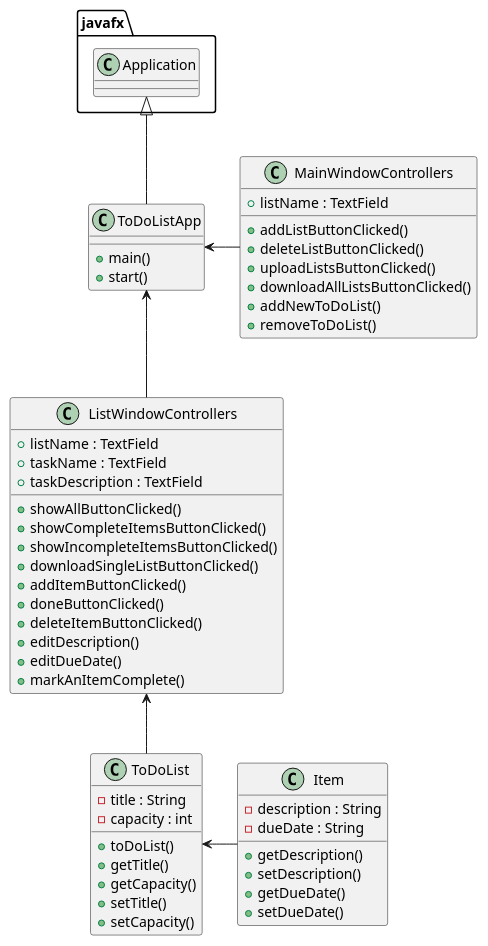
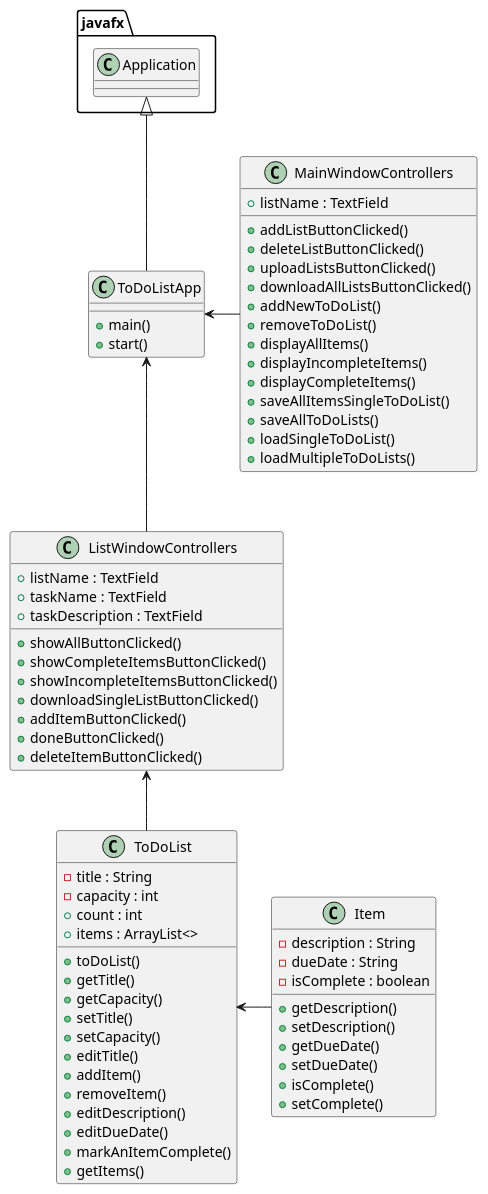
One commit to Melisac105/cabrera-cop3330-assignment4 changed the diagram in uml/AppDiagram.puml. Above: the diagram before and after it, drawn with PlantUML. The commit also changed 8 other files, not shown here.

```diff
--- a/uml/AppDiagram.puml
+++ b/uml/AppDiagram.puml
@@ -1,65 +1,82 @@
 @startuml
 'https://plantuml.com/sequence-diagram
 
 class ToDoListApp {
     + main()
     + start()
 }
 
 class MainWindowControllers {
     + listName : TextField
 
     + addListButtonClicked()
     + deleteListButtonClicked()
     + uploadListsButtonClicked()
     + downloadAllListsButtonClicked()
     + addNewToDoList()
     + removeToDoList()
+    + displayAllItems()
+    + displayIncompleteItems()
+    + displayCompleteItems()
+    + saveAllItemsSingleToDoList()
+    + saveAllToDoLists()
+    + loadSingleToDoList()
+    + loadMultipleToDoLists()
 }
 
 class ListWindowControllers {
     + listName : TextField
     + taskName : TextField
     + taskDescription : TextField
 
     + showAllButtonClicked()
     + showCompleteItemsButtonClicked()
     + showIncompleteItemsButtonClicked()
     + downloadSingleListButtonClicked()
     + addItemButtonClicked()
     + doneButtonClicked()
     + deleteItemButtonClicked()
-    + editDescription()
-    + editDueDate()
-    + markAnItemComplete()
+
 }
 
 class Item {
     - description : String
     - dueDate : String
+    - isComplete : boolean
 
     + getDescription()
     + setDescription()
     + getDueDate()
     + setDueDate()
+    + isComplete()
+    + setComplete()
 }
 
 class ToDoList {
     - title : String
     - capacity : int
+    + count : int
+    + items : ArrayList<>
 
     + toDoList()
     + getTitle()
     + getCapacity()
     + setTitle()
     + setCapacity()
+    + editTitle()
+    + addItem()
+    + removeItem()
+    + editDescription()
+    + editDueDate()
+    + markAnItemComplete()
+    + getItems()
 }
 
 javafx.Application <|-- ToDoListApp
 
 ToDoListApp <-- ListWindowControllers
 ToDoListApp <- MainWindowControllers
 ToDoList <- Item
 ListWindowControllers <-- ToDoList
 
 @enduml
```
